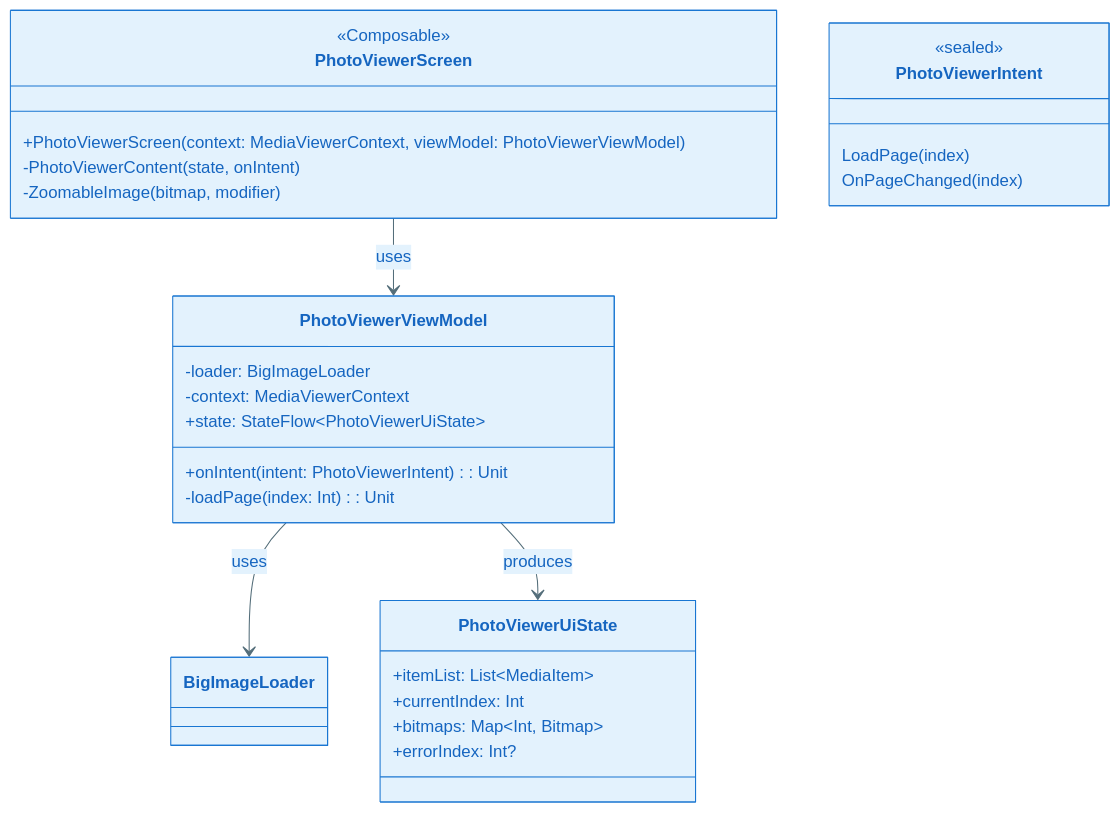
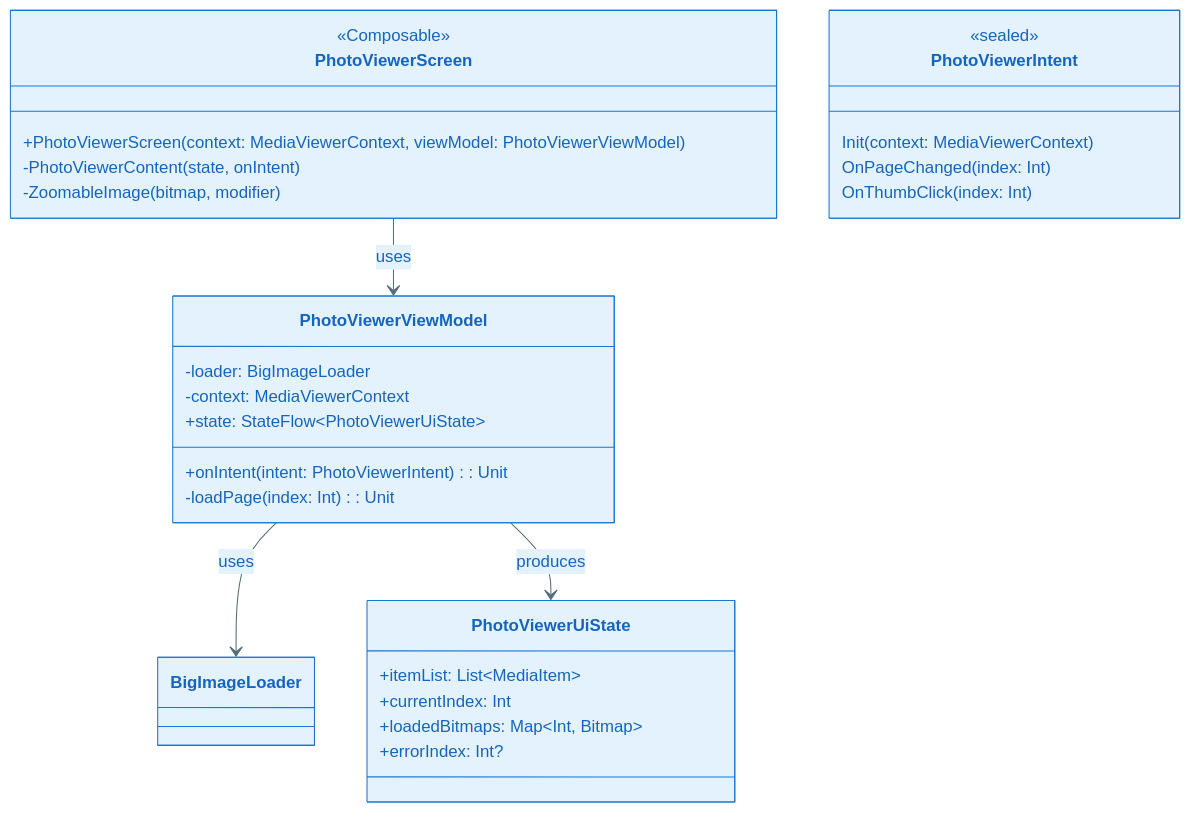
Before and after one commit to jackykarma/Verity: the third of 8 diagrams in specs/epics/EPIC-004-android-gallery/features/FEAT-004-photo-viewer/story_detail_design.md, drawn with Mermaid. The commit also changed other lines of this file and 70 other files, not shown here.

First line of the commit message:
✨ feat(大图浏览): 实现 FEAT-004 大图预览与多格式支持

````diff
--- a/specs/epics/EPIC-004-android-gallery/features/FEAT-004-photo-viewer/story_detail_design.md
+++ b/specs/epics/EPIC-004-android-gallery/features/FEAT-004-photo-viewer/story_detail_design.md
@@ -192,37 +192,38 @@
 ```mermaid
 %%{init: {'theme': 'base', 'themeVariables': { 'primaryColor': '#E3F2FD', 'primaryTextColor': '#1565C0', 'primaryBorderColor': '#1976D2', 'lineColor': '#546E7A'}}}%%
 classDiagram
     direction TB
 
     class PhotoViewerScreen {
         <<Composable>>
         +PhotoViewerScreen(context: MediaViewerContext, viewModel: PhotoViewerViewModel)
         -PhotoViewerContent(state, onIntent)
         -ZoomableImage(bitmap, modifier)
     }
 
     class PhotoViewerViewModel {
         -loader: BigImageLoader
         -context: MediaViewerContext
         +state: StateFlow~PhotoViewerUiState~
         +onIntent(intent: PhotoViewerIntent): Unit
         -loadPage(index: Int): Unit
     }
 
     class PhotoViewerUiState {
         +itemList: List~MediaItem~
         +currentIndex: Int
-        +bitmaps: Map~Int, Bitmap~
+        +loadedBitmaps: Map~Int, Bitmap~
         +errorIndex: Int?
     }
 
     class PhotoViewerIntent {
         <<sealed>>
-        LoadPage(index)
-        OnPageChanged(index)
+        Init(context: MediaViewerContext)
+        OnPageChanged(index: Int)
+        OnThumbClick(index: Int)
     }
 
     PhotoViewerScreen --> PhotoViewerViewModel : uses
     PhotoViewerViewModel --> BigImageLoader : uses
     PhotoViewerViewModel --> PhotoViewerUiState : produces
 ```
````
